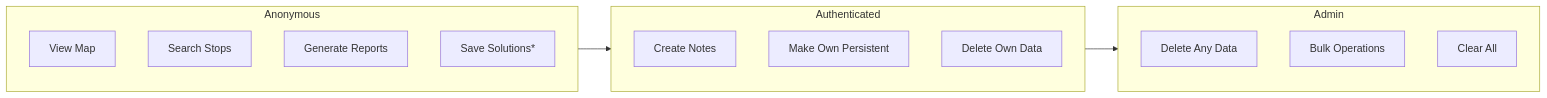
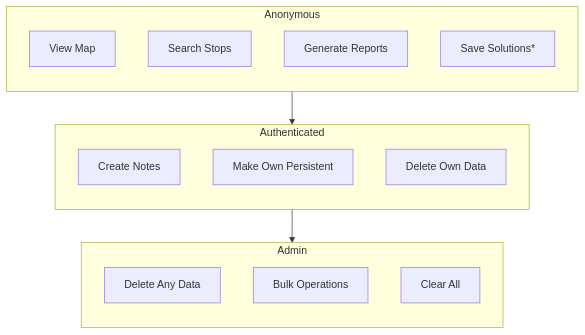
Before and after one commit to openTdataCH/stop_sync_osm_atlas: the diagram in documentation/6.1 Permissions and Roles.md, drawn with Mermaid. The commit also changed 6 other files, not shown here.

````diff
--- a/documentation/6.1 Permissions and Roles.md
+++ b/documentation/6.1 Permissions and Roles.md
@@ -5,23 +5,26 @@
 ```mermaid
-flowchart LR
+flowchart TB
     subgraph Anonymous
+        direction TB
         A1[View Map]
         A2[Search Stops]
         A3[Generate Reports]
         A4[Save Solutions*]
     end
     
     subgraph Authenticated
+        direction TB
         U1[Create Notes]
         U2[Make Own Persistent]
         U3[Delete Own Data]
     end
     
     subgraph Admin
+        direction TB
         AD1[Delete Any Data]
         AD2[Bulk Operations]
         AD3[Clear All]
     end
     
     Anonymous --> Authenticated --> Admin
 ```
````
